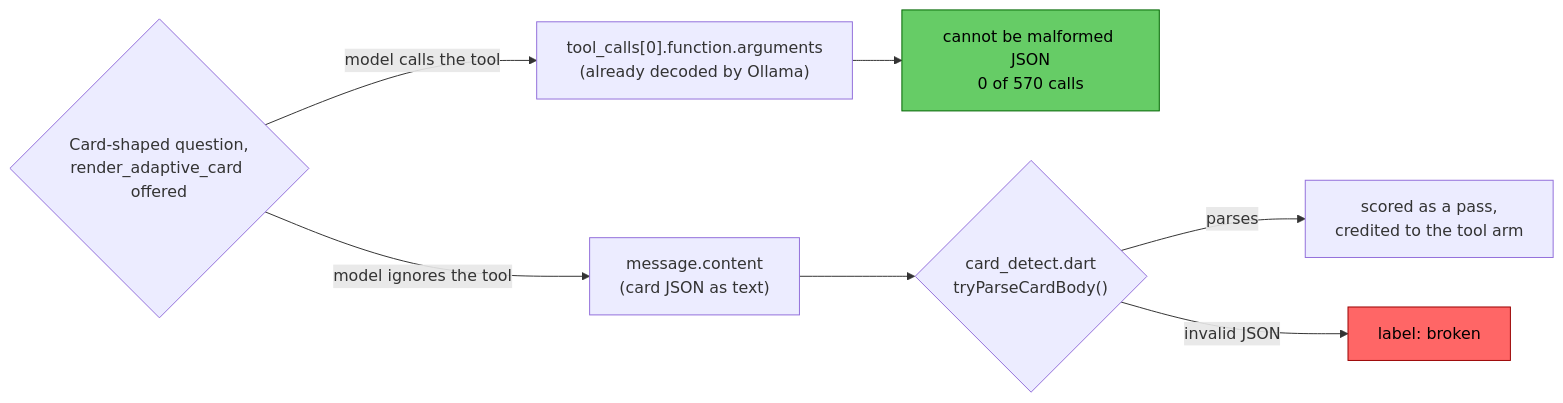
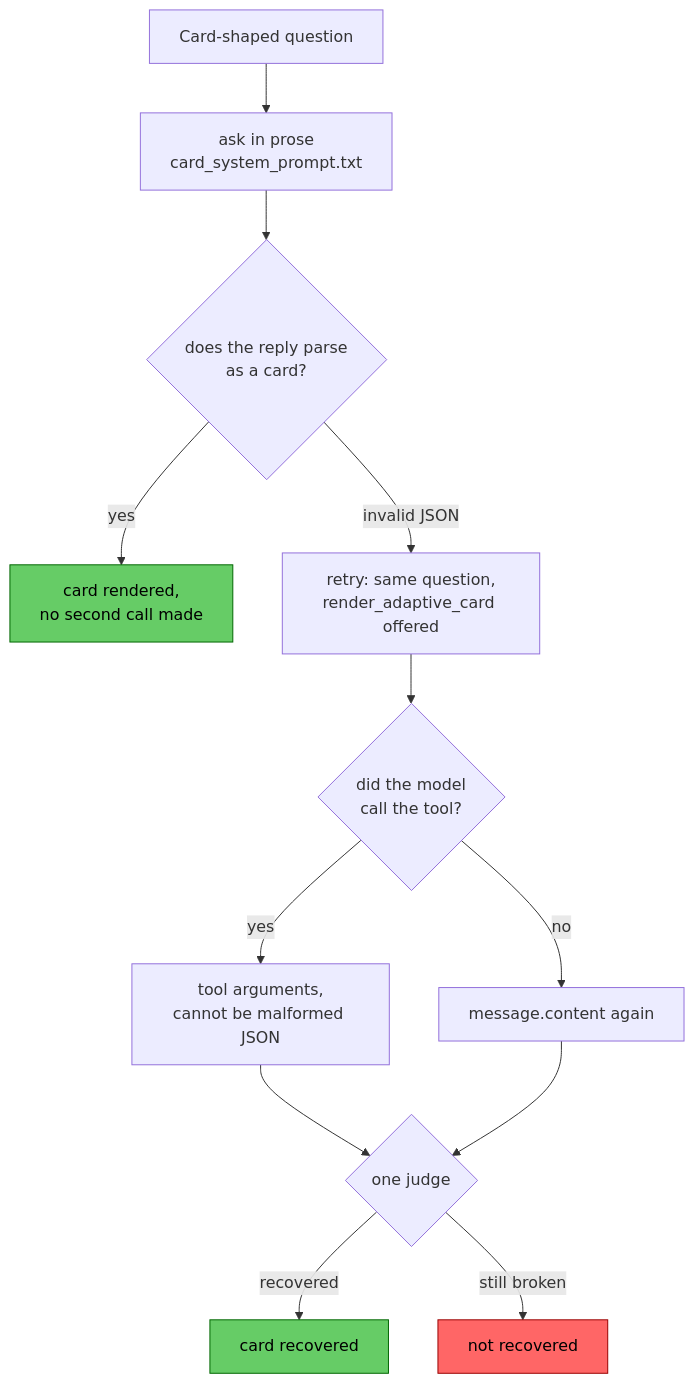
The diagram in adaptive_chat_server_dart/blog/article-4-tool-channel-draft.md (freemansoft/Flutter-AdaptiveCards), drawn with Mermaid before and after one commit. The commit also changed other lines of this file and 2 other files, not shown here.

````diff
--- a/adaptive_chat_server_dart/blog/article-4-tool-channel-draft.md
+++ b/adaptive_chat_server_dart/blog/article-4-tool-channel-draft.md
@@ -88,12 +96,17 @@
 ```mermaid
-flowchart LR
-  Q{"Card-shaped question,\nrender_adaptive_card offered"}
-  Q -- "model calls the tool" --> T["tool_calls[0].function.arguments\n(already decoded by Ollama)"]
-  Q -- "model ignores the tool" --> C["message.content\n(card JSON as text)"]
-  T --> OK["cannot be malformed JSON\n0 of 570 calls"]
-  C --> P{"card_detect.dart\ntryParseCardBody()"}
-  P -- parses --> OK2["scored as a pass,\ncredited to the tool arm"]
-  P -- "invalid JSON" --> BAD["label: broken"]
+flowchart TD
+  Q["Card-shaped question"] --> P["ask in prose\ncard_system_prompt.txt"]
+  P --> D{"does the reply parse\nas a card?"}
+  D -- yes --> DONE["card rendered,\nno second call made"]
+  D -- "invalid JSON" --> R["retry: same question,\nrender_adaptive_card offered"]
+  R --> D2{"did the model\ncall the tool?"}
+  D2 -- yes --> T["tool arguments,\ncannot be malformed JSON"]
+  D2 -- no --> C["message.content again"]
+  T --> J{"one judge"}
+  C --> J
+  J -- recovered --> OK["card recovered"]
+  J -- "still broken" --> BAD["not recovered"]
+  style DONE fill:#6c6,stroke:#060,color:#000
   style OK fill:#6c6,stroke:#060,color:#000
   style BAD fill:#f66,stroke:#900,color:#000
 ```
````
